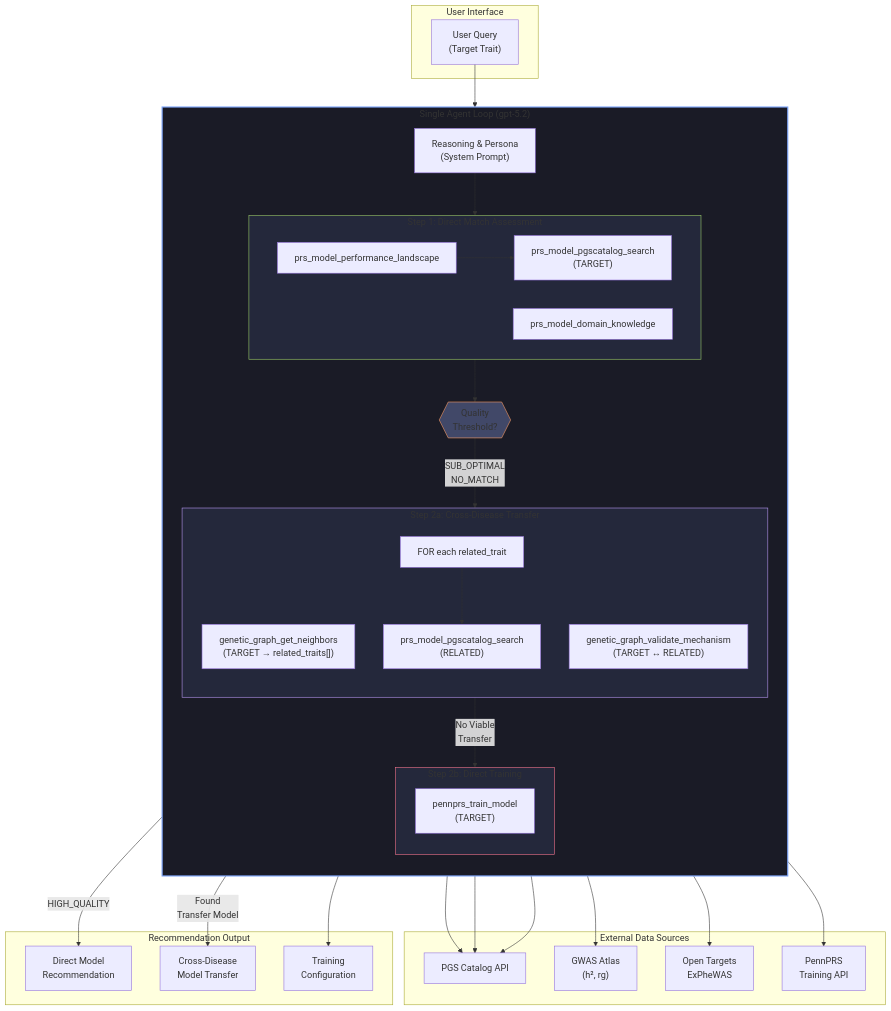
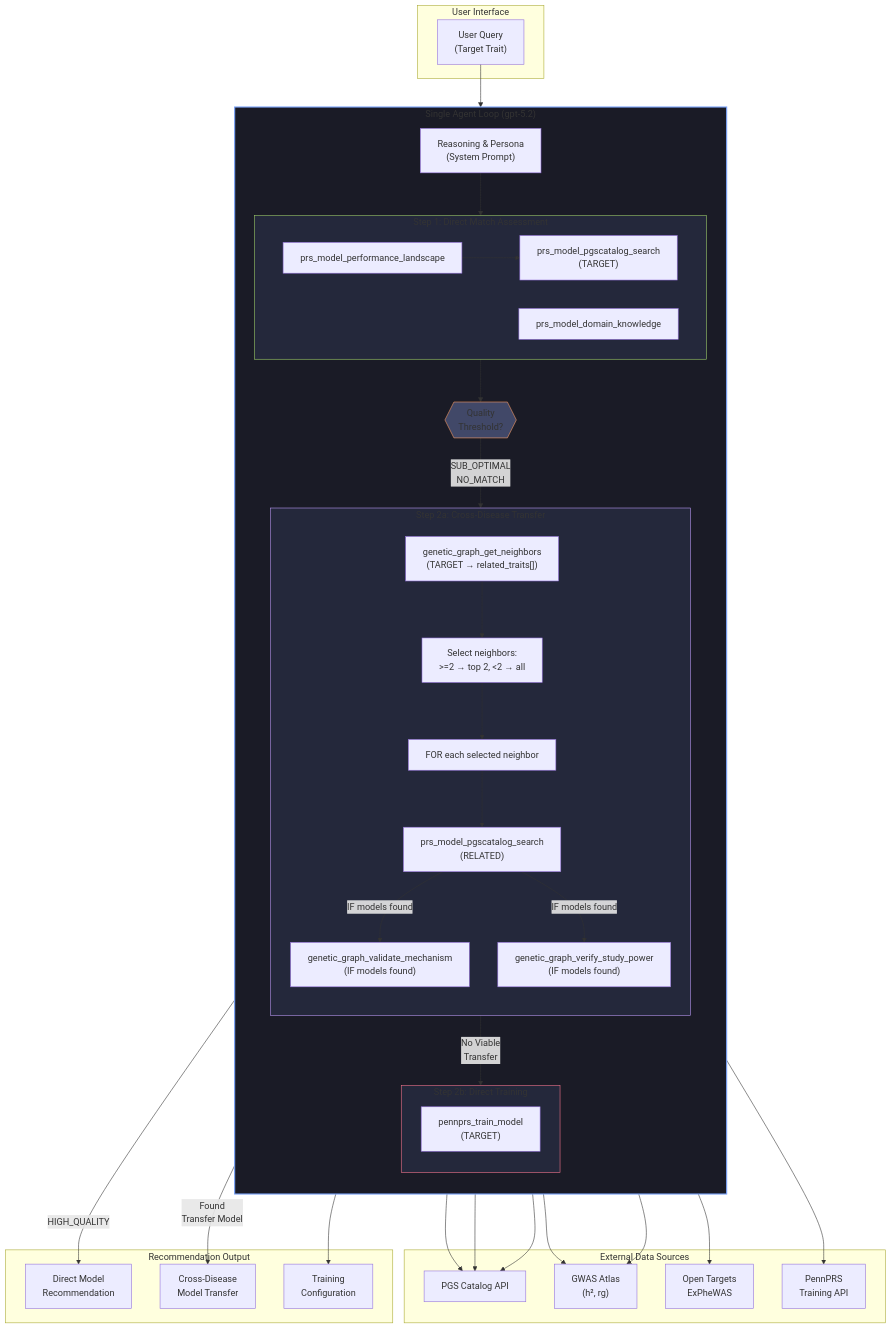
The diagram in .agent/blueprints/architecture.mmd (ZhaoqianXue/PennPRS-Agent-Dec2024), drawn with Mermaid before and after one commit. The commit also changed 45 other files, not shown here.

```diff
--- a/.agent/blueprints/architecture.mmd
+++ b/.agent/blueprints/architecture.mmd
@@ -1,70 +1,77 @@
 flowchart TB
     subgraph UserInterface["User Interface"]
         Query["User Query<br/>(Target Trait)"]
     end
 
     subgraph AgentCore["Single Agent Loop (gpt-5.2)"]
         direction TB
         Reasoning["Reasoning & Persona<br/>(System Prompt)"]
         
         subgraph Step1["Step 1: Direct Match Assessment"]
             direction LR
             S1_Search["prs_model_pgscatalog_search<br/>(TARGET)"]
             S1_Knowledge["prs_model_domain_knowledge"]
             S1_Landscape["prs_model_performance_landscape"]
         end
         
         Decision1{{"Quality<br/>Threshold?"}}
         
         subgraph Step2a["Step 2a: Cross-Disease Transfer"]
             direction TB
             S2a_Neighbors["genetic_graph_get_neighbors<br/>(TARGET → related_traits[])"]
-            S2a_Loop["FOR each related_trait"]
+            S2a_Select["Select neighbors:<br/>>=2 → top 2, <2 → all"]
+            S2a_Loop["FOR each selected neighbor"]
             S2a_Search["prs_model_pgscatalog_search<br/>(RELATED)"]
-            S2a_Validate["genetic_graph_validate_mechanism<br/>(TARGET ↔ RELATED)"]
+            S2a_Validate["genetic_graph_validate_mechanism<br/>(IF models found)"]
+            S2a_Verify["genetic_graph_verify_study_power<br/>(IF models found)"]
         end
         
         subgraph Step2b["Step 2b: Direct Training"]
             S2b_Train["pennprs_train_model<br/>(TARGET)"]
         end
     end
 
     subgraph ExternalData["External Data Sources"]
         PGS["PGS Catalog API"]
         GWAS["GWAS Atlas<br/>(h², rg)"]
         OpenTargets["Open Targets<br/>ExPheWAS"]
         PennPRS["PennPRS<br/>Training API"]
     end
 
     subgraph Output["Recommendation Output"]
         Direct["Direct Model<br/>Recommendation"]
         CrossDisease["Cross-Disease<br/>Model Transfer"]
         TrainNew["Training<br/>Configuration"]
     end
 
     Query --> Reasoning
     Reasoning --> Step1
     S1_Search --> PGS
     S1_Knowledge --> PGS
     S1_Landscape --> S1_Search
     
     Step1 --> Decision1
     Decision1 -->|"HIGH_QUALITY"| Direct
     Decision1 -->|"SUB_OPTIMAL<br/>NO_MATCH"| Step2a
     
     S2a_Neighbors --> GWAS
+    S2a_Neighbors --> S2a_Select
+    S2a_Select --> S2a_Loop
     S2a_Loop --> S2a_Search
     S2a_Search --> PGS
+    S2a_Search -->|"IF models found"| S2a_Validate
+    S2a_Search -->|"IF models found"| S2a_Verify
     S2a_Validate --> OpenTargets
+    S2a_Verify --> GWAS
     
     Step2a -->|"Found<br/>Transfer Model"| CrossDisease
     Step2a -->|"No Viable<br/>Transfer"| Step2b
     
     S2b_Train --> PennPRS
     Step2b --> TrainNew
 
     style AgentCore fill:#1a1b26,stroke:#7aa2f7,stroke-width:2px
     style Step1 fill:#24283b,stroke:#9ece6a,stroke-width:1px
     style Step2a fill:#24283b,stroke:#bb9af7,stroke-width:1px
     style Step2b fill:#24283b,stroke:#f7768e,stroke-width:1px
     style Decision1 fill:#414868,stroke:#ff9e64
```
